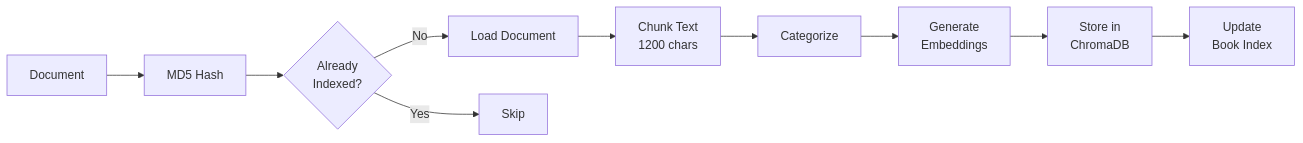
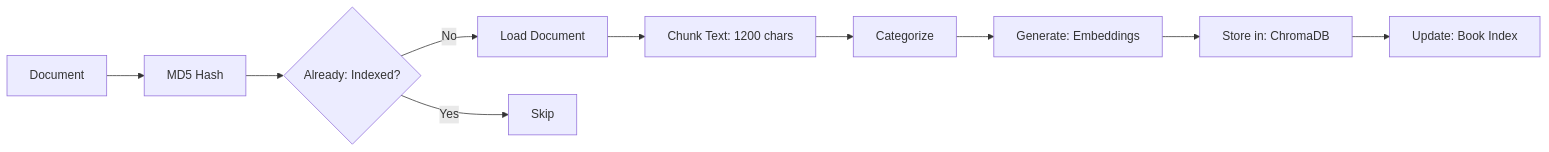
Diagram 22 of 22 in docs/ARCHITECTURE.md (hpoliset/PersonalDocLibraryRAGMCP), drawn with Mermaid before and after one commit. The commit also changed other lines of this file and 2 other files, not shown here.

First line of the commit message:
Update documentation with upgrade instructions and fix architecture diagrams

````diff
--- a/docs/ARCHITECTURE.md
+++ b/docs/ARCHITECTURE.md
@@ -582,22 +564,22 @@
 ```mermaid
-flowchart LR
+graph LR
     DOC[Document]
     HASH[MD5 Hash]
-    CHECK{Already<br/>Indexed?}
+    CHECK{Already: Indexed?}
     LOAD[Load Document]
-    CHUNK[Chunk Text<br/>1200 chars]
+    CHUNK[Chunk Text: 1200 chars]
     CAT[Categorize]
-    EMB[Generate<br/>Embeddings]
-    STORE[Store in<br/>ChromaDB]
-    INDEX[Update<br/>Book Index]
+    EMB[Generate: Embeddings]
+    STORE[Store in: ChromaDB]
+    INDEX[Update: Book Index]
 
     DOC --> HASH
     HASH --> CHECK
     CHECK -->|No| LOAD
     CHECK -->|Yes| END[Skip]
     LOAD --> CHUNK
     CHUNK --> CAT
     CAT --> EMB
     EMB --> STORE
     STORE --> INDEX
 ```
````
